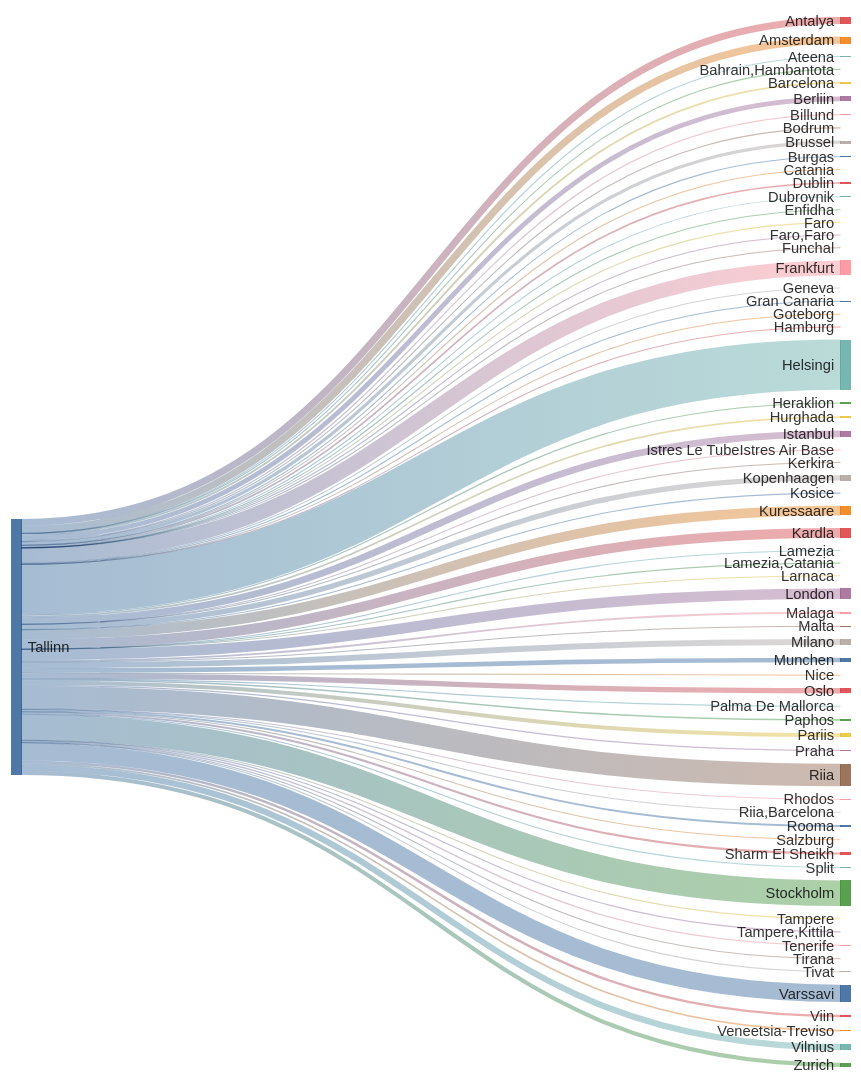
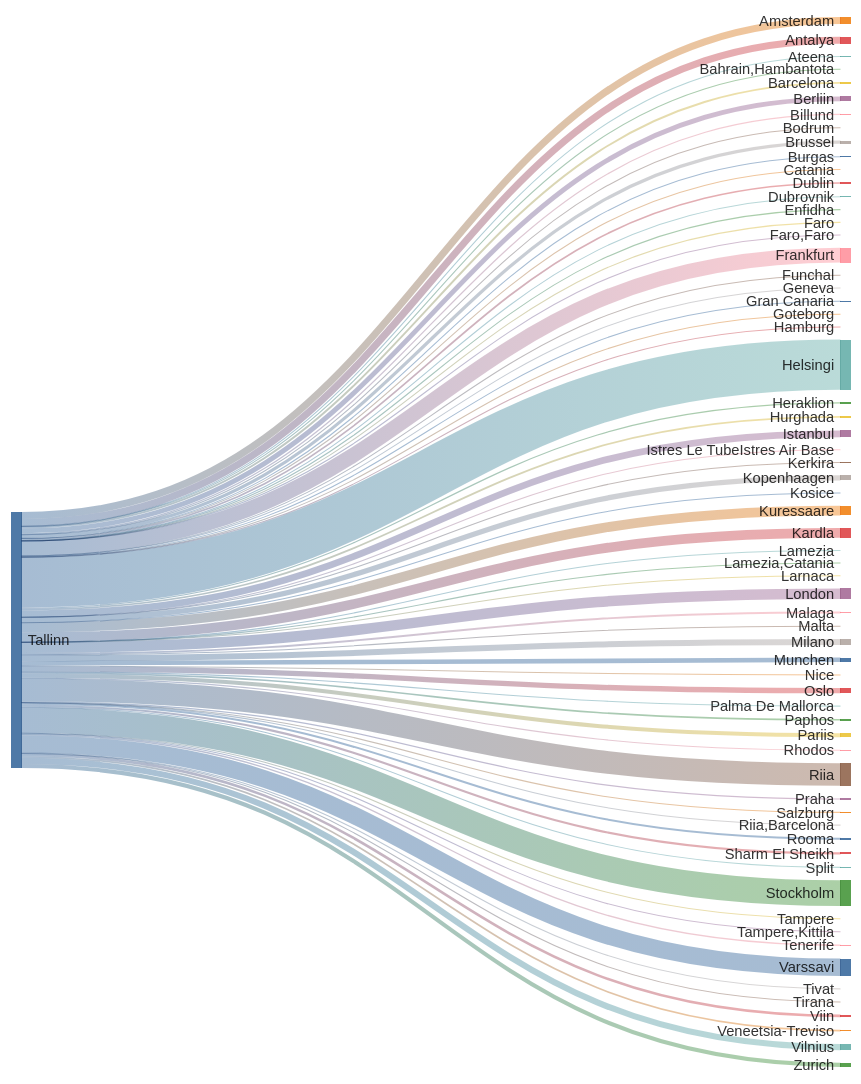
Before and after one commit to rainermesi/tll-airport-departures: the second of 2 diagrams in README.md, drawn with Mermaid. The commit also changed other lines of this file, not shown here.

````diff
--- a/README.md
+++ b/README.md
@@ -34,77 +34,77 @@
 ```mermaid
 ---
 config:
   sankey:
     showValues: false
     width: 800
     height: 1000
 ---
 sankey-beta
 %% source,target,value
-Tallinn,Amsterdam,283
-Tallinn,Antalya,279
+Tallinn,Amsterdam,285
+Tallinn,Antalya,280
 Tallinn,Ateena,16
 Tallinn,"Bahrain,Hambantota",1
-Tallinn,Barcelona,74
-Tallinn,Berliin,192
+Tallinn,Barcelona,75
+Tallinn,Berliin,193
 Tallinn,Billund,49
 Tallinn,Bodrum,11
-Tallinn,Brussel,127
+Tallinn,Brussel,128
 Tallinn,Burgas,21
 Tallinn,Catania,2
-Tallinn,Dublin,65
+Tallinn,Dublin,66
 Tallinn,Dubrovnik,21
 Tallinn,Enfidha,7
 Tallinn,Faro,4
 Tallinn,"Faro,Faro",1
-Tallinn,Frankfurt,590
+Tallinn,Frankfurt,593
 Tallinn,Funchal,5
 Tallinn,Geneva,12
 Tallinn,Gran Canaria,36
 Tallinn,Goteborg,1
 Tallinn,Hamburg,2
-Tallinn,Helsingi,1992
+Tallinn,Helsingi,2000
 Tallinn,Heraklion,46
 Tallinn,Hurghada,69
-Tallinn,Istanbul,267
+Tallinn,Istanbul,269
 Tallinn,Istres Le TubeIstres Air Base,2
 Tallinn,Kerkira,4
-Tallinn,Kopenhaagen,210
+Tallinn,Kopenhaagen,211
 Tallinn,Kosice,1
-Tallinn,Kuressaare,387
-Tallinn,Kardla,387
+Tallinn,Kuressaare,389
+Tallinn,Kardla,389
 Tallinn,Lamezia,1
 Tallinn,"Lamezia,Catania",3
 Tallinn,Larnaca,4
 Tallinn,London,418
 Tallinn,Malaga,77
 Tallinn,Malta,15
-Tallinn,Milano,237
+Tallinn,Milano,238
 Tallinn,Munchen,180
 Tallinn,Nice,25
-Tallinn,Oslo,212
+Tallinn,Oslo,213
 Tallinn,Palma De Mallorca,19
-Tallinn,Paphos,63
-Tallinn,Pariis,158
+Tallinn,Paphos,64
+Tallinn,Pariis,159
 Tallinn,Praha,49
 Tallinn,Rhodos,32
-Tallinn,Riia,896
+Tallinn,Riia,900
 Tallinn,"Riia,Barcelona",1
 Tallinn,Rooma,78
 Tallinn,Salzburg,13
-Tallinn,Sharm El Sheikh,84
+Tallinn,Sharm El Sheikh,86
 Tallinn,Split,25
-Tallinn,Stockholm,1015
+Tallinn,Stockholm,1020
 Tallinn,Tampere,17
 Tallinn,"Tampere,Kittila",19
-Tallinn,Tenerife,54
+Tallinn,Tenerife,55
 Tallinn,Tirana,8
 Tallinn,Tivat,26
-Tallinn,Varssavi,688
+Tallinn,Varssavi,691
 Tallinn,Veneetsia-Treviso,65
-Tallinn,Viin,102
-Tallinn,Vilnius,244
-Tallinn,Zurich,164
+Tallinn,Viin,103
+Tallinn,Vilnius,245
+Tallinn,Zurich,165
 
 
 ```
````
